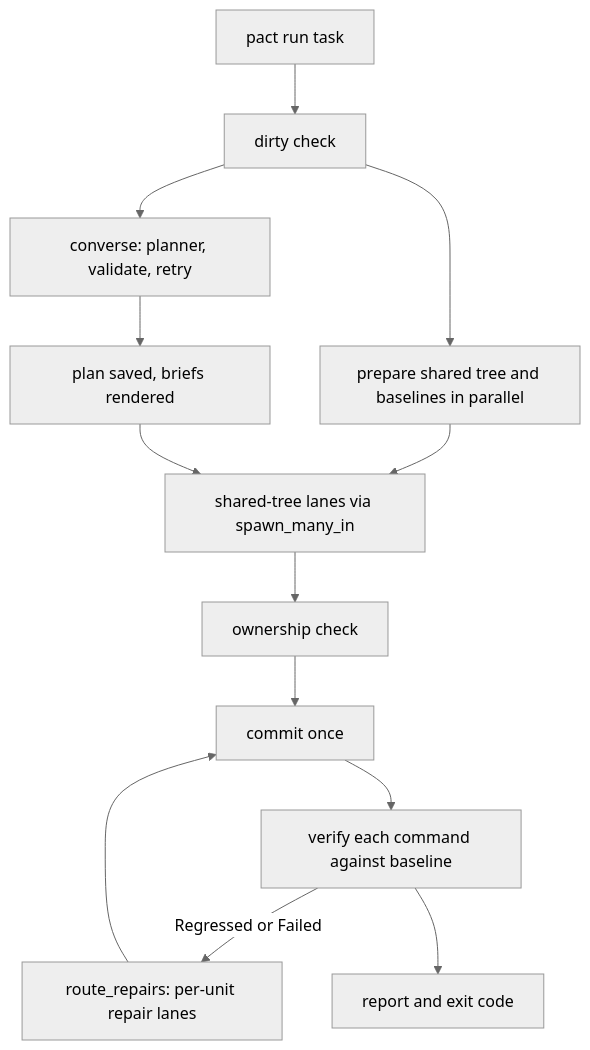
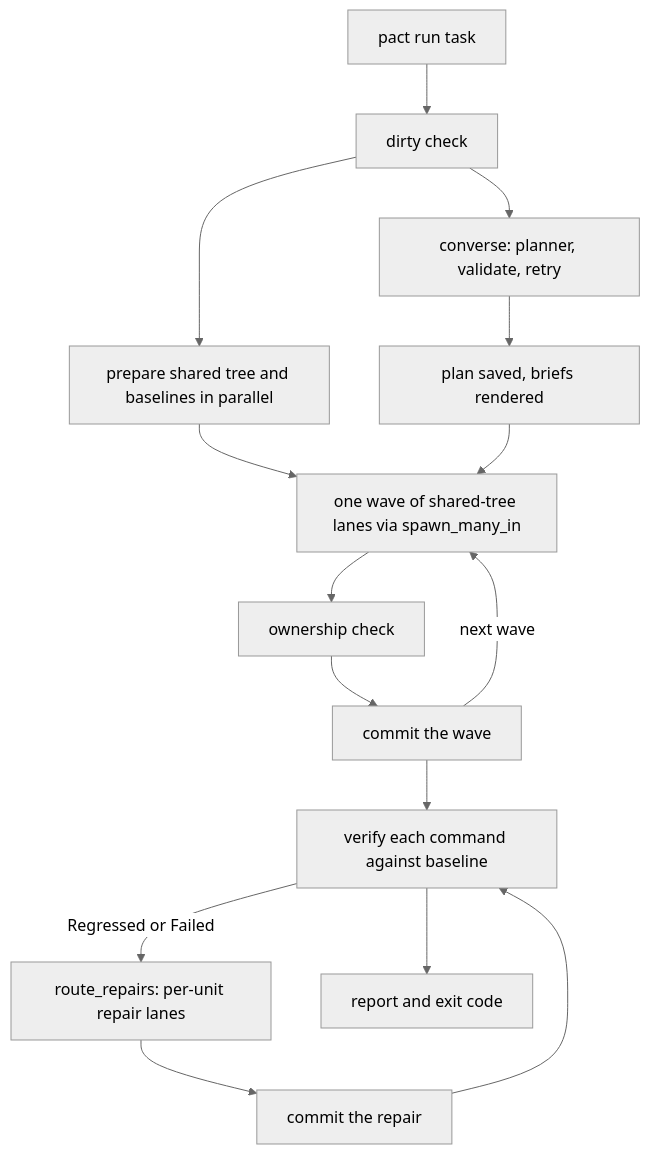
One commit to zekariasasaminew/pact changed the diagram in docs/design/run-planner.md. Above: the diagram before and after it, drawn with Mermaid (neutral theme). The commit also changed other lines of this file and 7 other files, not shown here.

````diff
--- a/docs/design/run-planner.md
+++ b/docs/design/run-planner.md
@@ -20,15 +20,17 @@
 ```mermaid
 flowchart TD
     A["pact run task"] --> B["dirty check"]
     B --> C["converse: planner, validate, retry"]
     B --> T["prepare shared tree and baselines in parallel"]
     C --> D["plan saved, briefs rendered"]
     T --> E
-    D --> E["shared-tree lanes via spawn_many_in"]
+    D --> E["one wave of shared-tree lanes via spawn_many_in"]
     E --> F["ownership check"]
-    F --> G["commit once"]
+    F --> G["commit the wave"]
+    G -->|"next wave"| E
     G --> H["verify each command against baseline"]
     H -->|"Regressed or Failed"| R["route_repairs: per-unit repair lanes"]
-    R --> G
+    R --> C2["commit the repair"]
+    C2 --> H
     H --> Z["report and exit code"]
 ```
````
